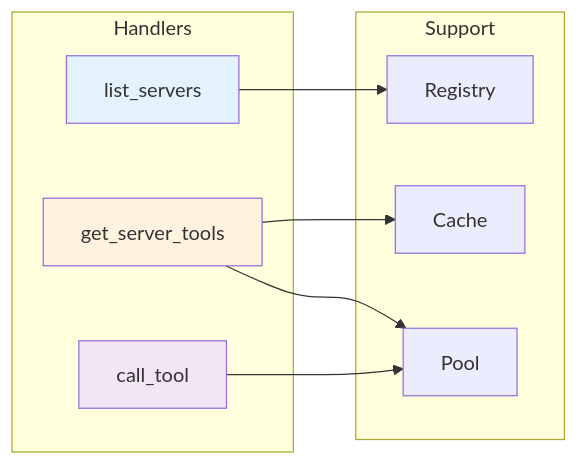
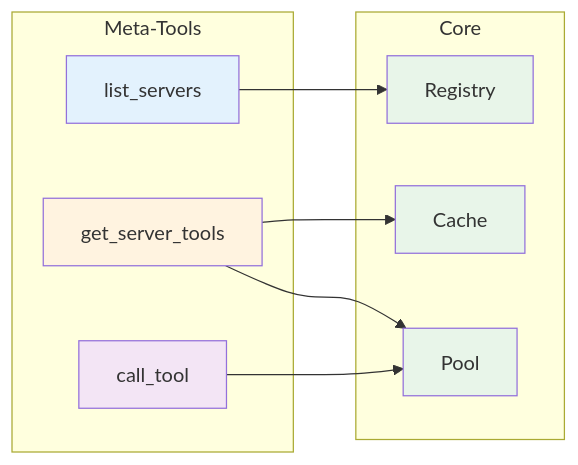
Before and after one commit to blueman82/mcp-exec: the diagram in projects/meta-mcp-server/docs/diagrams/core-mechanics.mmd, drawn with Mermaid. The commit also changed other lines of this file and 1 other file, not shown here.

Commit message:
fix: Pure mermaid .mmd files (no markdown wrappers)

````diff
--- a/projects/meta-mcp-server/docs/diagrams/core-mechanics.mmd
+++ b/projects/meta-mcp-server/docs/diagrams/core-mechanics.mmd
@@ -82,22 +1,23 @@
-```mermaid
 flowchart LR
-  subgraph Handlers
+  subgraph Handlers["Meta-Tools"]
     H1[list_servers]
     H2[get_server_tools]
     H3[call_tool]
   end
 
-  subgraph Support
+  subgraph Support["Core"]
     R[Registry]
     C[Cache]
     P[Pool]
   end
 
   H1 --> R
   H2 --> C & P
   H3 --> P
 
   style H1 fill:#e3f2fd
   style H2 fill:#fff3e0
   style H3 fill:#f3e5f5
-```
+  style R fill:#e8f5e9
+  style C fill:#e8f5e9
+  style P fill:#e8f5e9
````
